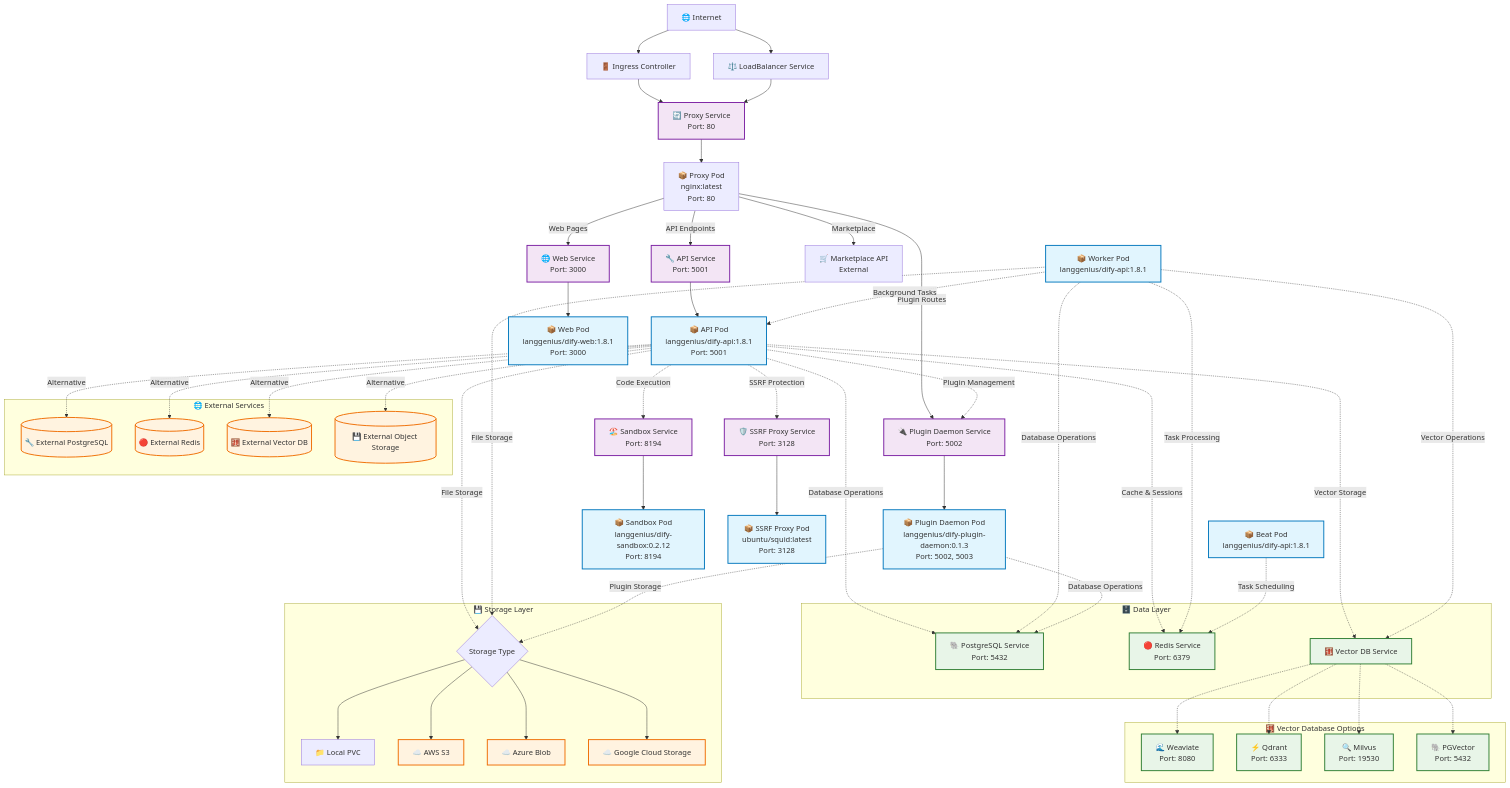
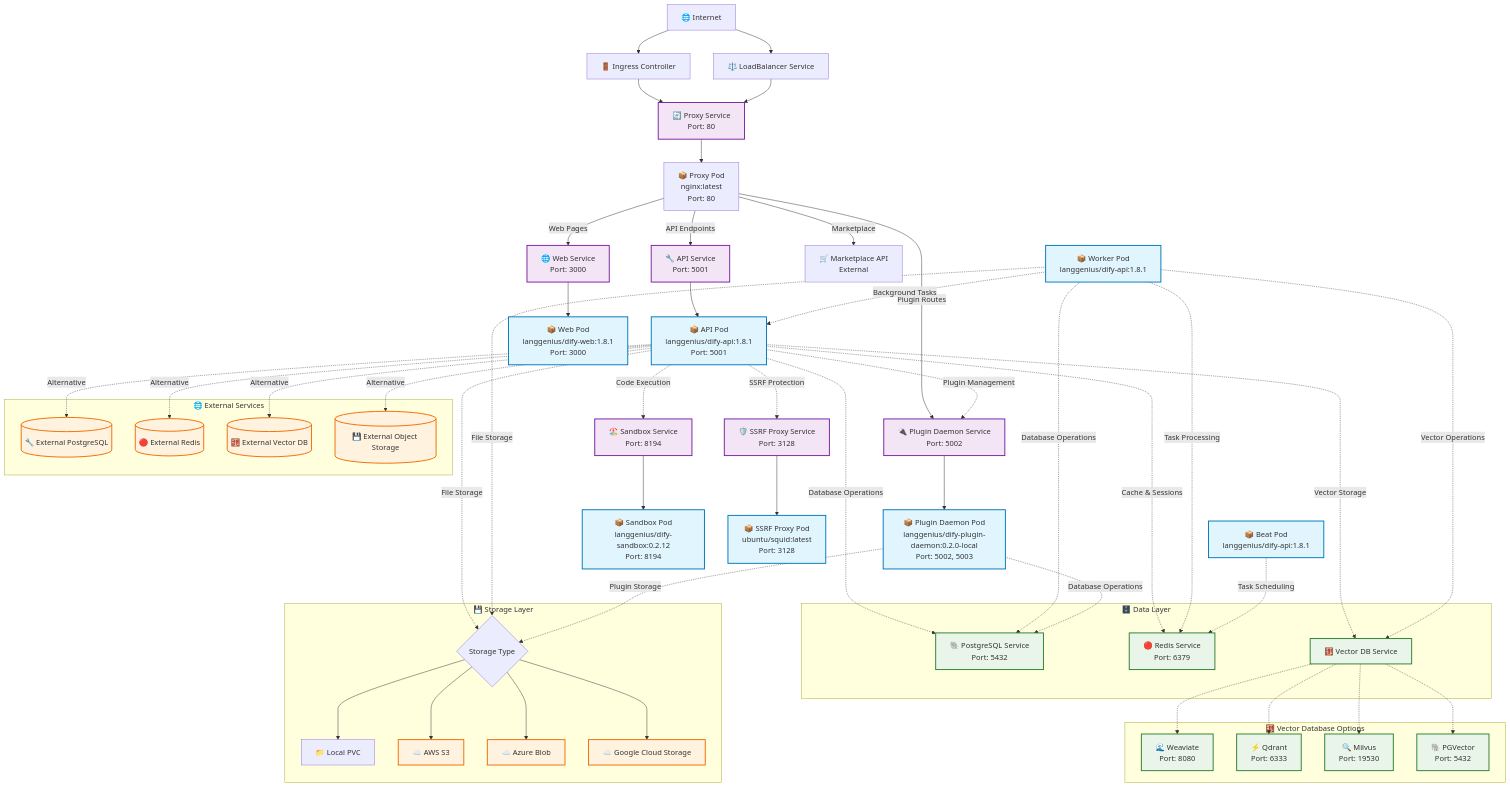
One commit to BorisPolonsky/dify-helm changed the diagram in README.md. Above: the diagram before and after it, drawn with Mermaid. The commit also changed other lines of this file and 2 other files, not shown here.

```diff
--- a/README.md
+++ b/README.md
@@ -40,7 +40,7 @@
     %% Backend Pods
     APIService --> APIPod[📦 API Pod<br/>langgenius/dify-api:1.8.1<br/>Port: 5001]
     WebService --> WebPod[📦 Web Pod<br/>langgenius/dify-web:1.8.1<br/>Port: 3000]
-    PluginService --> PluginPod[📦 Plugin Daemon Pod<br/>langgenius/dify-plugin-daemon:0.1.3<br/>Port: 5002, 5003]
+    PluginService --> PluginPod[📦 Plugin Daemon Pod<br/>langgenius/dify-plugin-daemon:0.2.0-local<br/>Port: 5002, 5003]
 
     %% Worker Pod (Background Processing)
     WorkerPod[📦 Worker Pod<br/>langgenius/dify-api:1.8.1]
```
